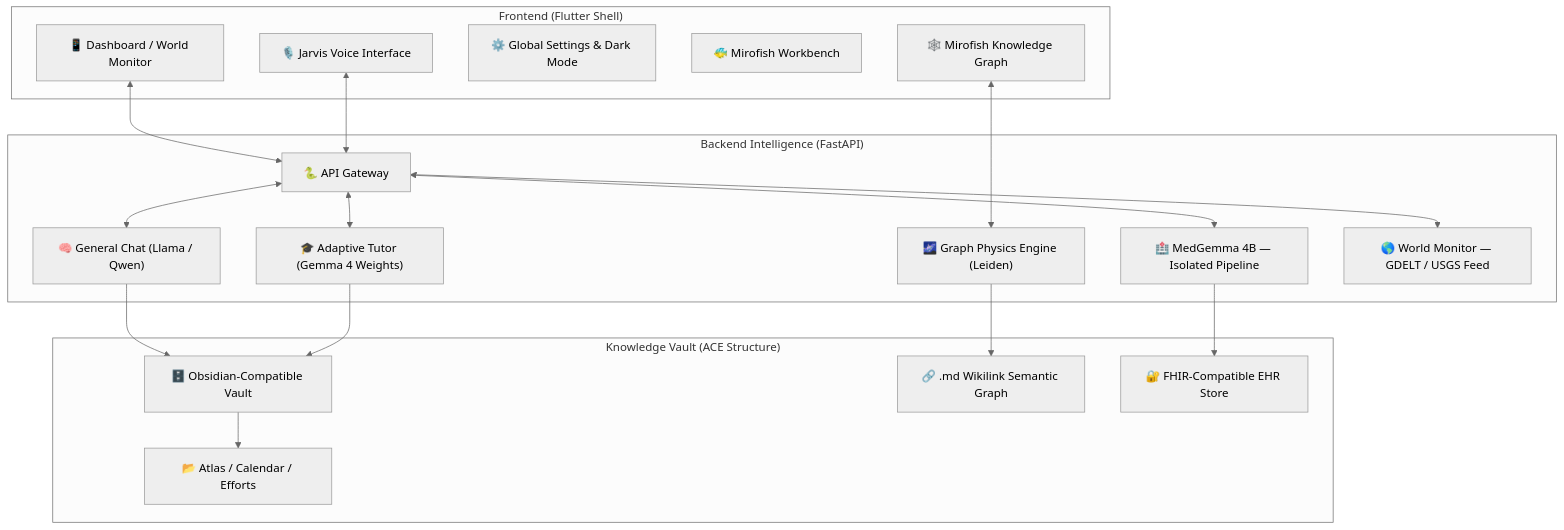
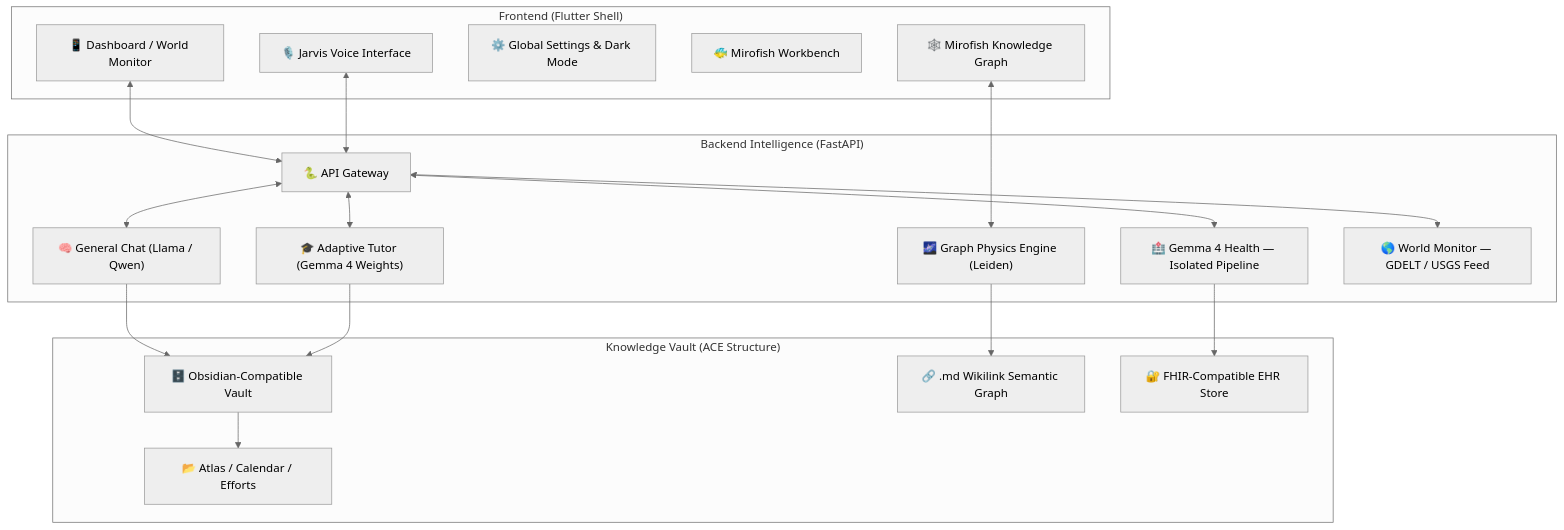
Before and after one commit to ankit-sengupta05/CyborgAI: the diagram in README.md, drawn with Mermaid (neutral theme). The commit also changed other lines of this file, not shown here.

Commit message:
style: Modernize README.md tables, graphics, component diagrams, and update branding to Gemma 4

````diff
--- a/README.md
+++ b/README.md
@@ -97,39 +97,39 @@
 ```mermaid
 graph TD
     subgraph "Frontend (Flutter Shell)"
         UI["📱 Dashboard / World Monitor"]
         KG["🕸️ Mirofish Knowledge Graph"]
         GS["⚙️ Global Settings & Dark Mode"]
         MF["🐠 Mirofish Workbench"]
         VX["🎙️ Jarvis Voice Interface"]
     end
 
     subgraph "Backend Intelligence (FastAPI)"
         API["🐍 API Gateway"]
         LLM["🧠 General Chat (Llama / Qwen)"]
-        MED["🏥 MedGemma 4B — Isolated Pipeline"]
+        MED["🏥 Gemma 4 Health — Isolated Pipeline"]
         EDU["🎓 Adaptive Tutor (Gemma 4 Weights)"]
         KGE["🌌 Graph Physics Engine (Leiden)"]
         WM["🌎 World Monitor — GDELT / USGS Feed"]
     end
 
     subgraph "Knowledge Vault (ACE Structure)"
         VAULT["🗄️ Obsidian-Compatible Vault"]
         GRAPH["🔗 .md Wikilink Semantic Graph"]
         ACE["📂 Atlas / Calendar / Efforts"]
         FHIR["🔐 FHIR-Compatible EHR Store"]
     end
 
     UI <--> API
     VX <--> API
     KG <--> KGE
     API <--> LLM
     API <--> MED
     API <--> EDU
     API <--> WM
     LLM --> VAULT
     KGE --> GRAPH
     MED --> FHIR
     EDU --> VAULT
     VAULT --> ACE
 ```
````
